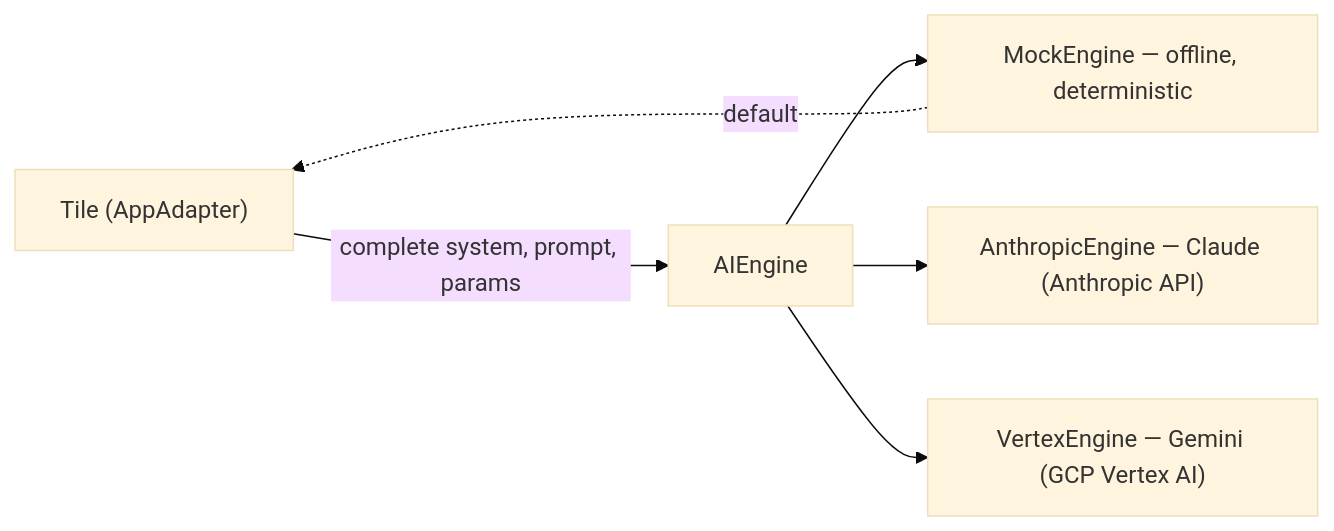
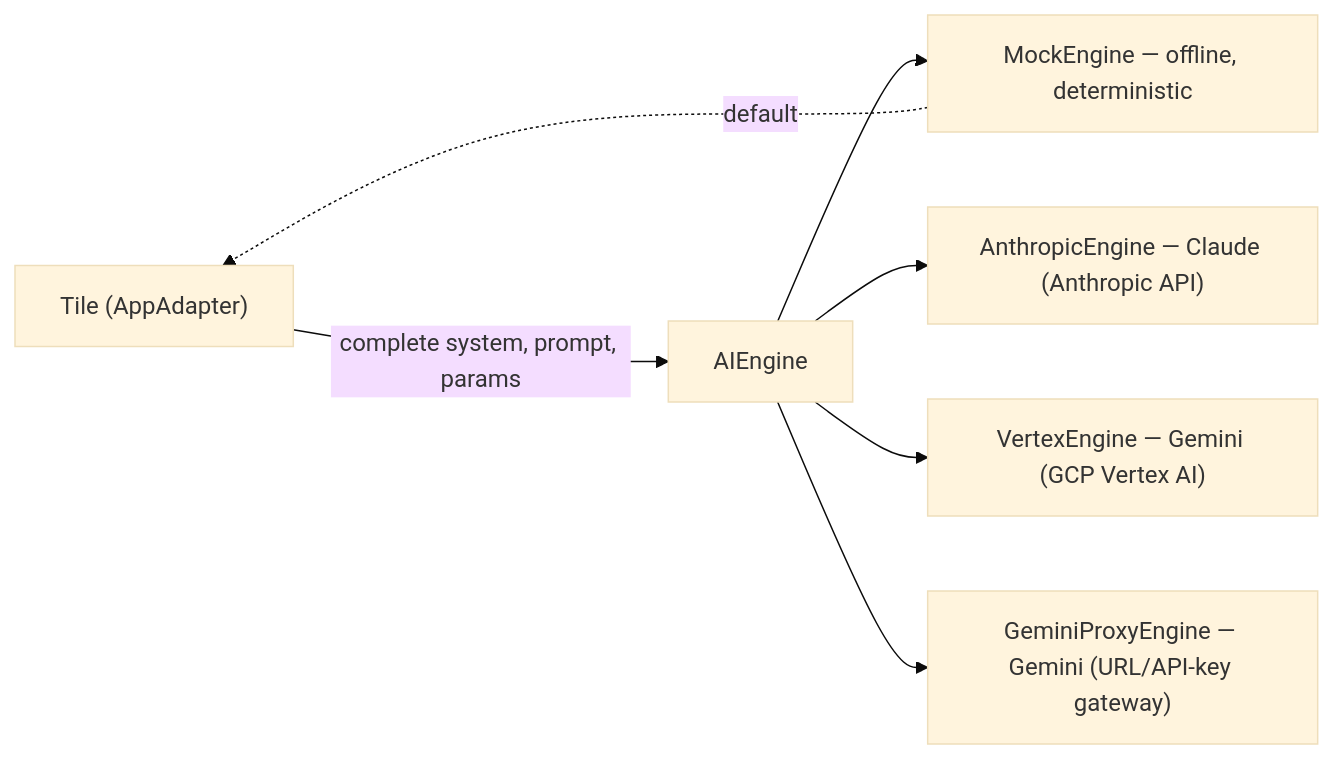
The diagram in docs/ai-engines.md (koeplinger/ai_devsecbuddy), drawn with Mermaid (base theme) before and after one commit. The commit also changed other lines of this file and 7 other files, not shown here.

Commit message:
implement gemini gateway engine

````diff
--- a/docs/ai-engines.md
+++ b/docs/ai-engines.md
@@ -115,8 +119,9 @@
 ```mermaid
 flowchart LR
   Tile["Tile (AppAdapter)"] -->|complete system, prompt, params| Engine["AIEngine"]
   Engine --> Mock["MockEngine — offline, deterministic"]
   Engine --> Anthropic["AnthropicEngine — Claude (Anthropic API)"]
   Engine --> Vertex["VertexEngine — Gemini (GCP Vertex AI)"]
+  Engine --> GeminiProxy["GeminiProxyEngine — Gemini (URL/API-key gateway)"]
   Mock -.default.-> Tile
 ```
````
